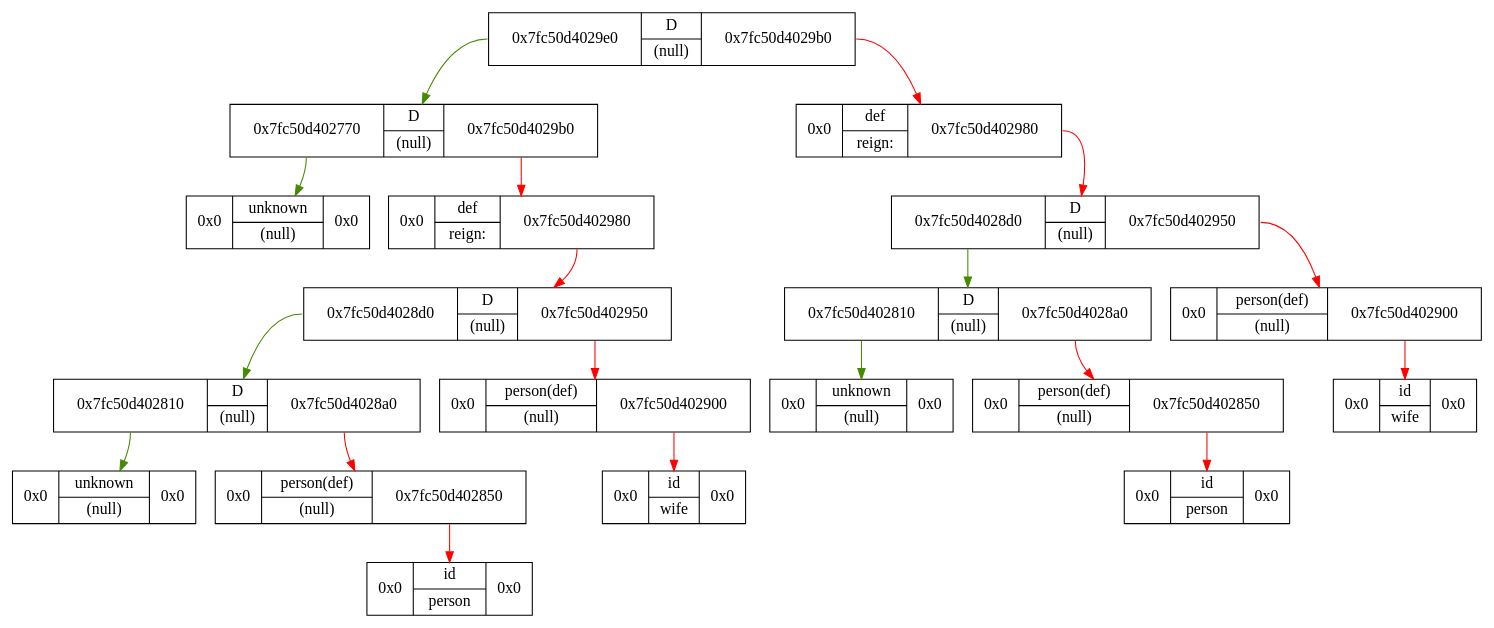
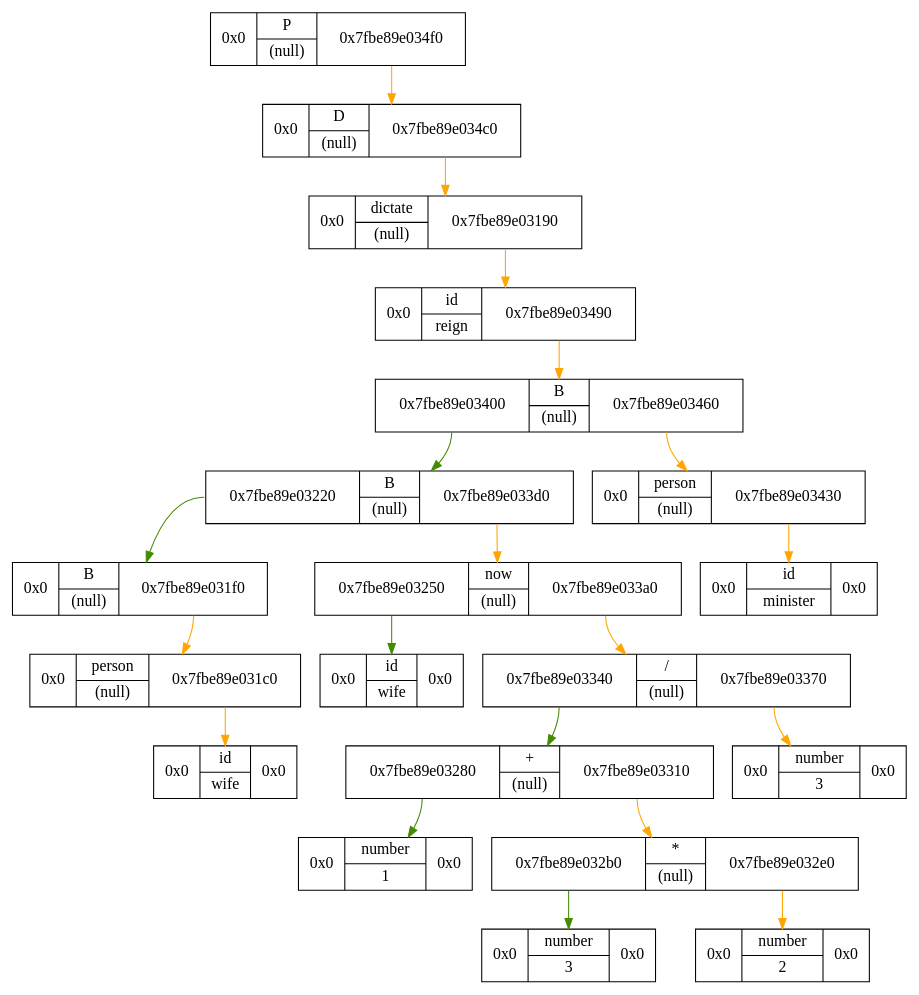
The diagram in cmake-build-debug/tree_graph.dot (akudrinsky/dictator_language), drawn with Graphviz before and after one commit. The commit also changed 12 other files, not shown here.

```diff
--- a/cmake-build-debug/tree_graph.dot
+++ b/cmake-build-debug/tree_graph.dot
@@ -1,41 +1,43 @@
 digraph G{
 	edge[color="chartreuse4",fontcolor="blue",fontsize=12];
 	node[shape="rectangle",fontsize=15];
-	1 [shape=record,label="  <f0> 0x7fc50d4029e0| {D | (null)} | <f1> 0x7fc50d4029b0" ];
-	2 [shape=record,label="  <f0> 0x7fc50d402770| {D | (null)} | <f1> 0x7fc50d4029b0" ];
-	4 [shape=record,label="  <f0> 0x0| {unknown | (null)} | <f1> 0x0" ];
-		2:<f0> -> 4
-	5 [shape=record,label="  <f0> 0x0| {def | reign:} | <f1> 0x7fc50d402980" ];
-	11 [shape=record,label="  <f0> 0x7fc50d4028d0| {D | (null)} | <f1> 0x7fc50d402950" ];
-	22 [shape=record,label="  <f0> 0x7fc50d402810| {D | (null)} | <f1> 0x7fc50d4028a0" ];
-	44 [shape=record,label="  <f0> 0x0| {unknown | (null)} | <f1> 0x0" ];
-		22:<f0> -> 44
-	45 [shape=record,label="  <f0> 0x0| {person(def) | (null)} | <f1> 0x7fc50d402850" ];
-	91 [shape=record,label="  <f0> 0x0| {id | person} | <f1> 0x0" ];
-		45:<f1> -> 91[color="red"]
-		22:<f1> -> 45[color="red"]
-		11:<f0> -> 22
-	23 [shape=record,label="  <f0> 0x0| {person(def) | (null)} | <f1> 0x7fc50d402900" ];
-	47 [shape=record,label="  <f0> 0x0| {id | wife} | <f1> 0x0" ];
-		23:<f1> -> 47[color="red"]
-		11:<f1> -> 23[color="red"]
-		5:<f1> -> 11[color="red"]
-		2:<f1> -> 5[color="red"]
-		1:<f0> -> 2
-	3 [shape=record,label="  <f0> 0x0| {def | reign:} | <f1> 0x7fc50d402980" ];
-	7 [shape=record,label="  <f0> 0x7fc50d4028d0| {D | (null)} | <f1> 0x7fc50d402950" ];
-	14 [shape=record,label="  <f0> 0x7fc50d402810| {D | (null)} | <f1> 0x7fc50d4028a0" ];
-	28 [shape=record,label="  <f0> 0x0| {unknown | (null)} | <f1> 0x0" ];
-		14:<f0> -> 28
-	29 [shape=record,label="  <f0> 0x0| {person(def) | (null)} | <f1> 0x7fc50d402850" ];
-	59 [shape=record,label="  <f0> 0x0| {id | person} | <f1> 0x0" ];
-		29:<f1> -> 59[color="red"]
-		14:<f1> -> 29[color="red"]
-		7:<f0> -> 14
-	15 [shape=record,label="  <f0> 0x0| {person(def) | (null)} | <f1> 0x7fc50d402900" ];
-	31 [shape=record,label="  <f0> 0x0| {id | wife} | <f1> 0x0" ];
-		15:<f1> -> 31[color="red"]
-		7:<f1> -> 15[color="red"]
-		3:<f1> -> 7[color="red"]
-		1:<f1> -> 3[color="red"]
+	1 [shape=record,label="  <f0> 0x0| {P | (null)} | <f1> 0x7fbe89e034f0" ];
+	3 [shape=record,label="  <f0> 0x0| {D | (null)} | <f1> 0x7fbe89e034c0" ];
+	7 [shape=record,label="  <f0> 0x0| {dictate | (null)} | <f1> 0x7fbe89e03190" ];
+	15 [shape=record,label="  <f0> 0x0| {id | reign} | <f1> 0x7fbe89e03490" ];
+	31 [shape=record,label="  <f0> 0x7fbe89e03400| {B | (null)} | <f1> 0x7fbe89e03460" ];
+	62 [shape=record,label="  <f0> 0x7fbe89e03220| {B | (null)} | <f1> 0x7fbe89e033d0" ];
+	124 [shape=record,label="  <f0> 0x0| {B | (null)} | <f1> 0x7fbe89e031f0" ];
+	249 [shape=record,label="  <f0> 0x0| {person | (null)} | <f1> 0x7fbe89e031c0" ];
+	499 [shape=record,label="  <f0> 0x0| {id | wife} | <f1> 0x0" ];
+		249:<f1> -> 499[color="orange"]
+		124:<f1> -> 249[color="orange"]
+		62:<f0> -> 124
+	125 [shape=record,label="  <f0> 0x7fbe89e03250| {now | (null)} | <f1> 0x7fbe89e033a0" ];
+	250 [shape=record,label="  <f0> 0x0| {id | wife} | <f1> 0x0" ];
+		125:<f0> -> 250
+	251 [shape=record,label="  <f0> 0x7fbe89e03340| {/ | (null)} | <f1> 0x7fbe89e03370" ];
+	502 [shape=record,label="  <f0> 0x7fbe89e03280| {+ | (null)} | <f1> 0x7fbe89e03310" ];
+	1004 [shape=record,label="  <f0> 0x0| {number | 1} | <f1> 0x0" ];
+		502:<f0> -> 1004
+	1005 [shape=record,label="  <f0> 0x7fbe89e032b0| {* | (null)} | <f1> 0x7fbe89e032e0" ];
+	2010 [shape=record,label="  <f0> 0x0| {number | 3} | <f1> 0x0" ];
+		1005:<f0> -> 2010
+	2011 [shape=record,label="  <f0> 0x0| {number | 2} | <f1> 0x0" ];
+		1005:<f1> -> 2011[color="orange"]
+		502:<f1> -> 1005[color="orange"]
+		251:<f0> -> 502
+	503 [shape=record,label="  <f0> 0x0| {number | 3} | <f1> 0x0" ];
+		251:<f1> -> 503[color="orange"]
+		125:<f1> -> 251[color="orange"]
+		62:<f1> -> 125[color="orange"]
+		31:<f0> -> 62
+	63 [shape=record,label="  <f0> 0x0| {person | (null)} | <f1> 0x7fbe89e03430" ];
+	127 [shape=record,label="  <f0> 0x0| {id | minister} | <f1> 0x0" ];
+		63:<f1> -> 127[color="orange"]
+		31:<f1> -> 63[color="orange"]
+		15:<f1> -> 31[color="orange"]
+		7:<f1> -> 15[color="orange"]
+		3:<f1> -> 7[color="orange"]
+		1:<f1> -> 3[color="orange"]
 }
```
